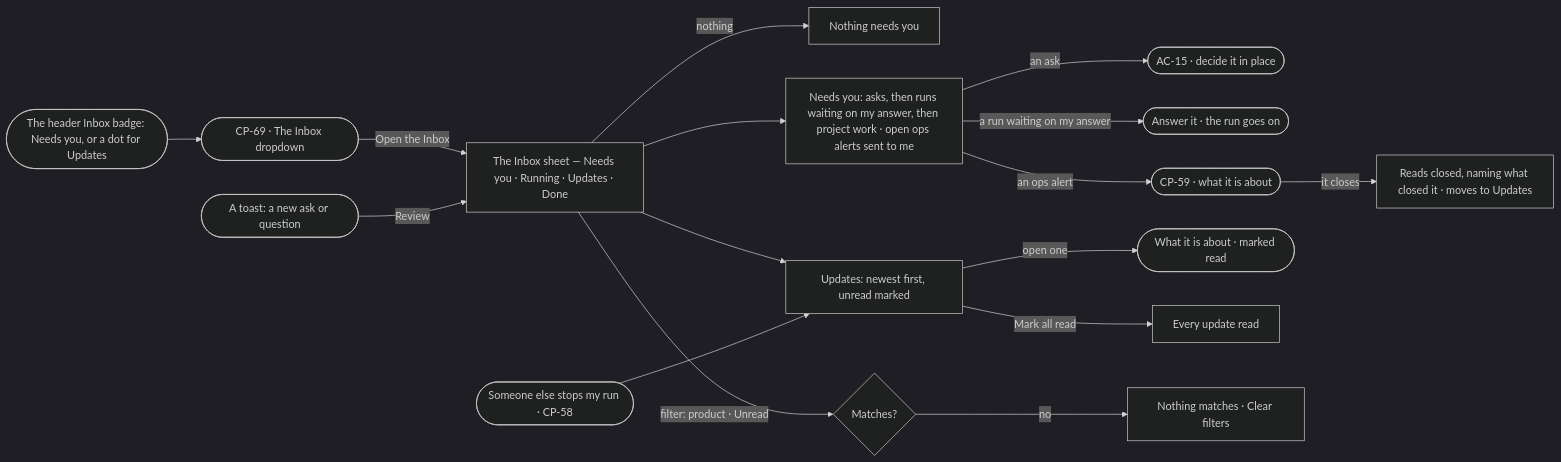
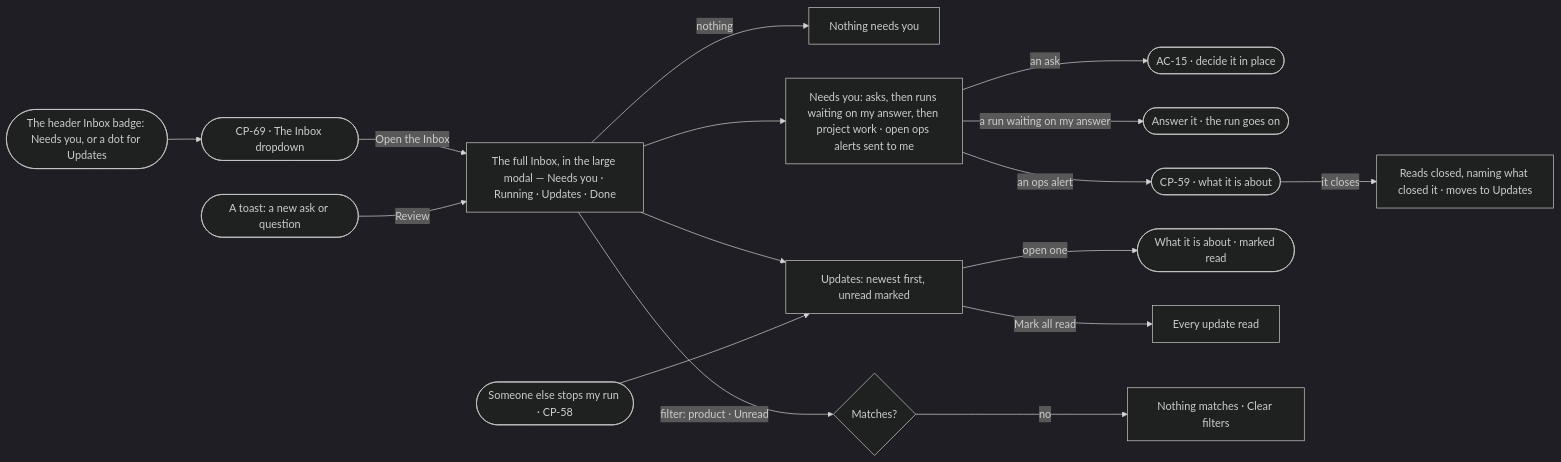
The diagram in specs/os/control/features/CP-F08-the-inbox/stories/CP-36-see-what-needs-me-in-one-inbox/story.md (invana/invana), drawn with Mermaid (dark theme) before and after one commit. The commit also changed other lines of this file and 133 other files, not shown here.

First line of the commit message:
docs(specs): flat labelled nav, one large modal, slim header dropdowns

````diff
--- a/specs/os/control/features/CP-F08-the-inbox/stories/CP-36-see-what-needs-me-in-one-inbox/story.md
+++ b/specs/os/control/features/CP-F08-the-inbox/stories/CP-36-see-what-needs-me-in-one-inbox/story.md
@@ -26,18 +26,18 @@
 ```mermaid
 flowchart LR
   c([The header Inbox badge: Needs you, or a dot for Updates]) --> dd(["CP-69 · The Inbox dropdown"])
-  dd -->|Open the Inbox| i["The Inbox sheet — Needs you · Running · Updates · Done"]
+  dd -->|Open the Inbox| i["The full Inbox, in the large modal — Needs you · Running · Updates · Done"]
   t([A toast: a new ask or question]) -->|Review| i
   i -->|nothing| e["Nothing needs you"]
   i --> n["Needs you: asks, then runs waiting on my answer, then project work · open ops alerts sent to me"]
   n -->|an ask| a(["AC-15 · decide it in place"])
   n -->|a run waiting on my answer| q(["Answer it · the run goes on"])
   n -->|an ops alert| oa(["CP-59 · what it is about"])
   oa -->|it closes| cl["Reads closed, naming what closed it · moves to Updates"]
   i --> u["Updates: newest first, unread marked"]
   st([Someone else stops my run · CP-58]) --> u
   u -->|open one| g(["What it is about · marked read"])
   u -->|Mark all read| r["Every update read"]
   i -->|filter: product · Unread| f{"Matches?"}
   f -->|no| z["Nothing matches · Clear filters"]
 ```
````
